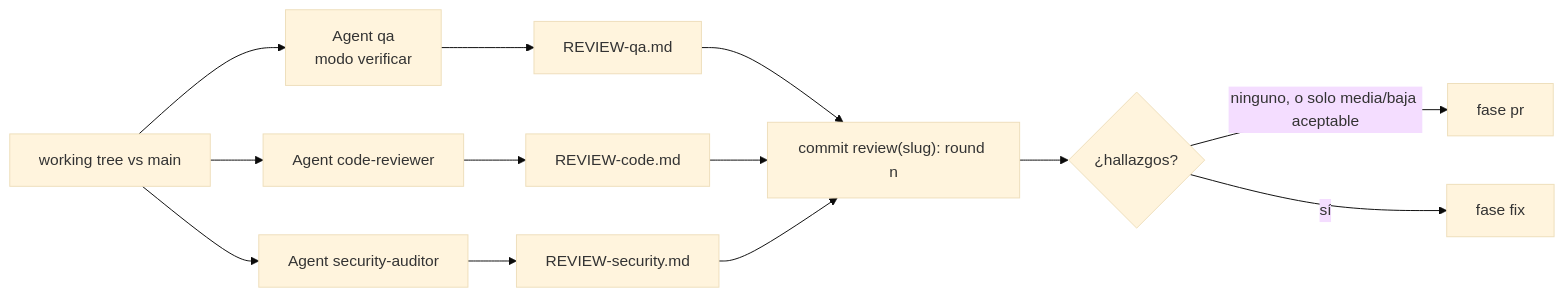
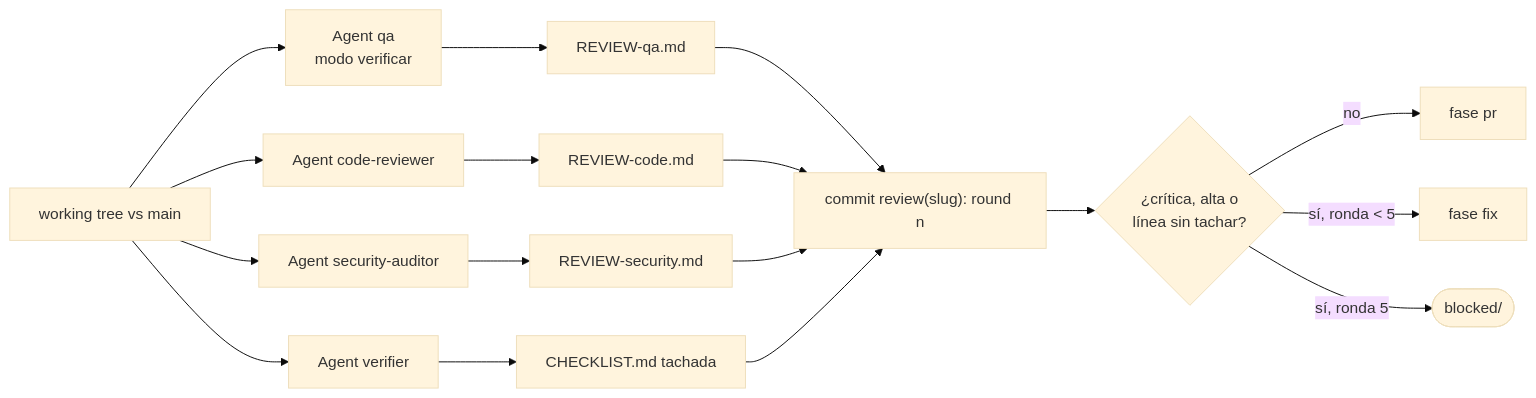
One commit to octavio-parozlabs/mindstack changed the diagram in skills/workflow/references/review.md. Above: the diagram before and after it, drawn with Mermaid (base theme). The commit also changed other lines of this file and 44 other files, not shown here.

````diff
--- a/skills/workflow/references/review.md
+++ b/skills/workflow/references/review.md
@@ -5,13 +5,16 @@
 ```mermaid
 flowchart LR
     C[working tree vs main] --> Q[Agent qa\nmodo verificar]
     C --> R[Agent code-reviewer]
     C --> S[Agent security-auditor]
+    C --> V[Agent verifier]
     Q --> FQ[REVIEW-qa.md]
     R --> FR[REVIEW-code.md]
     S --> FS[REVIEW-security.md]
-    FQ & FR & FS --> K["commit review(slug): round n"]
-    K --> T{¿hallazgos?}
-    T -- ninguno, o solo media/baja aceptable --> PR["fase pr"]
-    T -- sí --> CO["fase fix"]
+    V --> FV[CHECKLIST.md tachada]
+    FQ & FR & FS & FV --> K["commit review(slug): round n"]
+    K --> T{¿crítica, alta o\nlínea sin tachar?}
+    T -- no --> PR["fase pr"]
+    T -- "sí, ronda < 5" --> CO["fase fix"]
+    T -- "sí, ronda 5" --> BL([blocked/])
 ```
````
